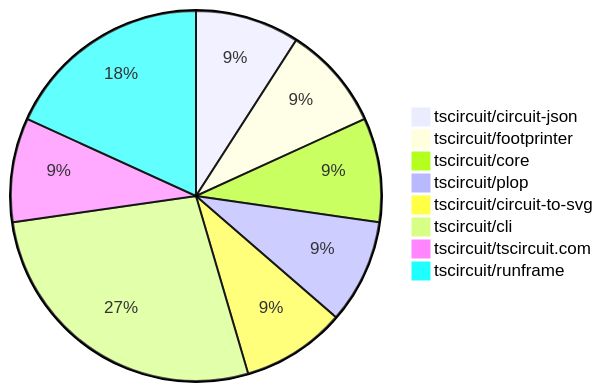
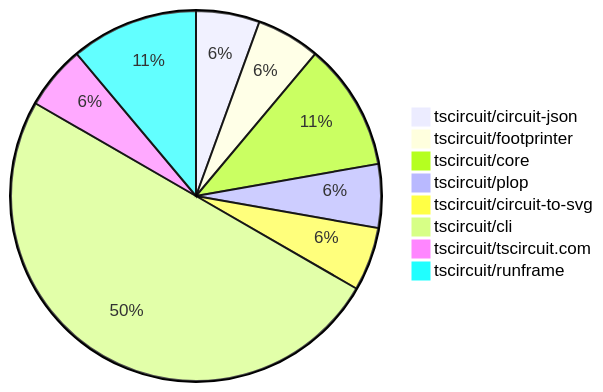
Before and after one commit to tscircuit/contribution-tracker: the diagram in README.md, drawn with Mermaid. The commit also changed other lines of this file and 2 other files, not shown here.

````diff
--- a/README.md
+++ b/README.md
@@ -24,11 +24,11 @@
 ```mermaid
 pie
     "tscircuit/circuit-json" : 1
     "tscircuit/footprinter" : 1
-    "tscircuit/core" : 1
+    "tscircuit/core" : 2
     "tscircuit/plop" : 1
     "tscircuit/circuit-to-svg" : 1
-    "tscircuit/cli" : 3
+    "tscircuit/cli" : 9
     "tscircuit/tscircuit.com" : 1
     "tscircuit/runframe" : 2
 ```
````
